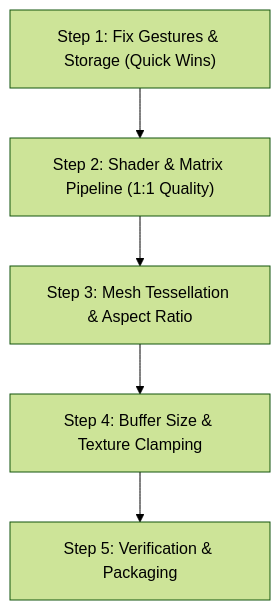
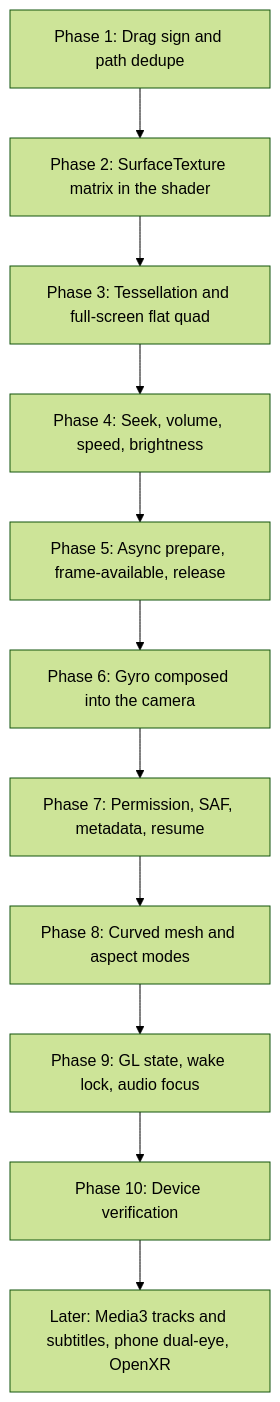
The diagram in reports/android-analysis.md (shakilnwz/vplay), drawn with Mermaid (forest theme) before and after one commit. The commit also changed other lines of this file and 1 other file, not shown here.

````diff
--- a/reports/android-analysis.md
+++ b/reports/android-analysis.md
@@ -292,7 +417,13 @@
 ```mermaid
 flowchart TD
-    A["Step 1: Fix Gestures & Storage (Quick Wins)"] --> B["Step 2: Shader & Matrix Pipeline (1:1 Quality)"]
-    B --> C["Step 3: Mesh Tessellation & Aspect Ratio"]
-    C --> D["Step 4: Buffer Size & Texture Clamping"]
-    D --> E["Step 5: Verification & Packaging"]
+    A["Phase 1: Drag sign and path dedupe"] --> B["Phase 2: SurfaceTexture matrix in the shader"]
+    B --> C["Phase 3: Tessellation and full-screen flat quad"]
+    C --> D["Phase 4: Seek, volume, speed, brightness"]
+    D --> E["Phase 5: Async prepare, frame-available, release"]
+    E --> F["Phase 6: Gyro composed into the camera"]
+    F --> G["Phase 7: Permission, SAF, metadata, resume"]
+    G --> H["Phase 8: Curved mesh and aspect modes"]
+    H --> I["Phase 9: GL state, wake lock, audio focus"]
+    I --> J["Phase 10: Device verification"]
+    J --> K["Later: Media3 tracks and subtitles, phone dual-eye, OpenXR"]
 ```
````
